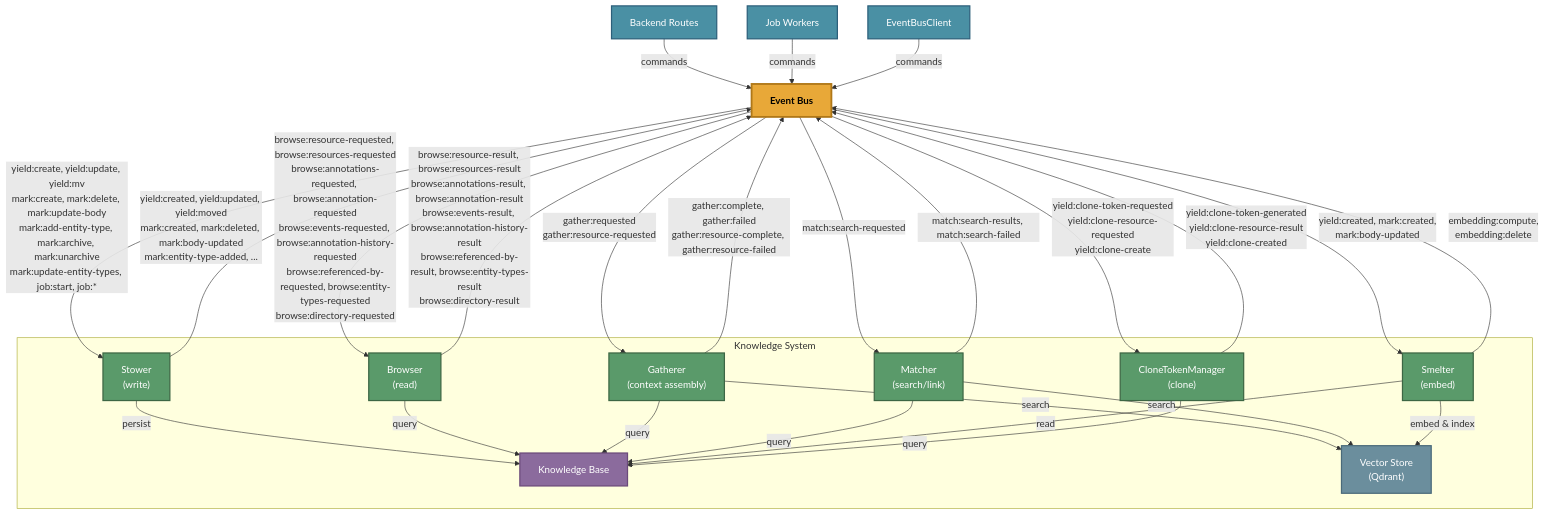
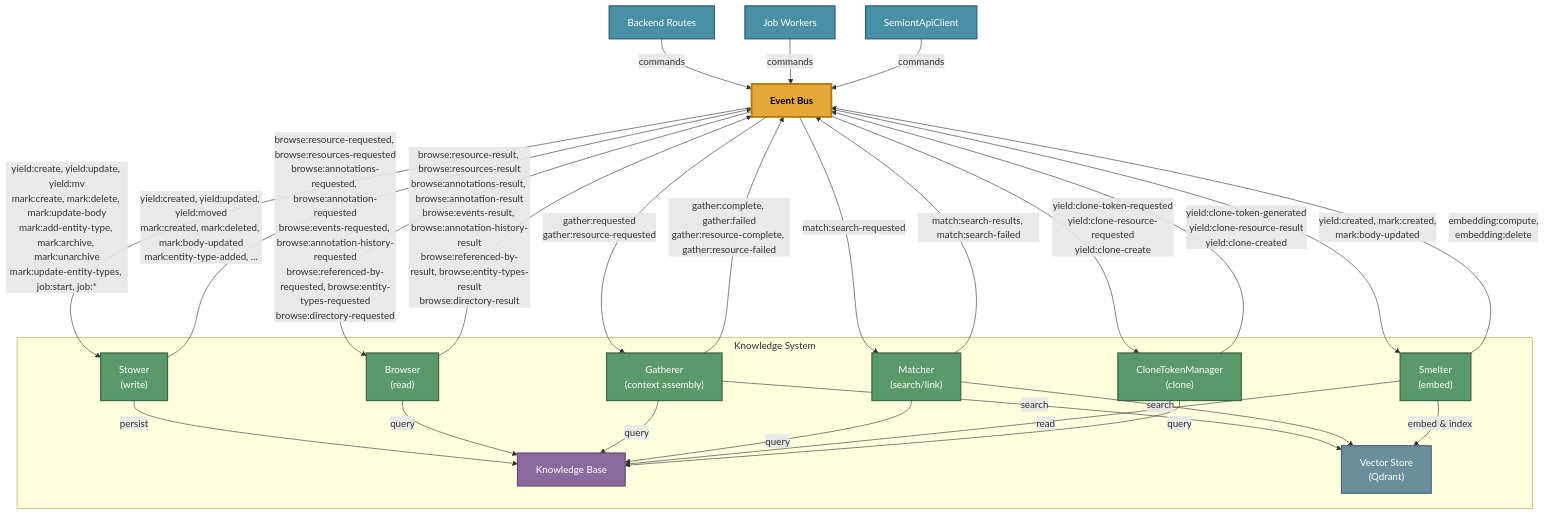
Before and after one commit to The-AI-Alliance/semiont: the diagram in packages/make-meaning/README.md, drawn with Mermaid. The commit also changed other lines of this file and 154 other files, not shown here.

````diff
--- a/packages/make-meaning/README.md
+++ b/packages/make-meaning/README.md
@@ -92,52 +92,52 @@
 ```mermaid
 graph TB
     Routes["Backend Routes"] -->|commands| BUS["Event Bus"]
     Workers["Job Workers"] -->|commands| BUS
-    EBC["EventBusClient"] -->|commands| BUS
+    EBC["SemiontApiClient"] -->|commands| BUS
 
     subgraph ks ["Knowledge System"]
         STOWER["Stower<br/>(write)"]
         BROWSER["Browser<br/>(read)"]
         GATHERER["Gatherer<br/>(context assembly)"]
         MATCHER["Matcher<br/>(search/link)"]
         SMELTER["Smelter<br/>(embed)"]
         CTM["CloneTokenManager<br/>(clone)"]
         KB["Knowledge Base"]
         VECTORS["Vector Store<br/>(Qdrant)"]
         STOWER -->|persist| KB
         BROWSER -->|query| KB
         GATHERER -->|query| KB
         GATHERER -->|search| VECTORS
         MATCHER -->|query| KB
         MATCHER -->|search| VECTORS
         SMELTER -->|embed & index| VECTORS
         SMELTER -->|read| KB
         CTM -->|query| KB
     end
 
     BUS -->|"yield:create, yield:update, yield:mv<br/>mark:create, mark:delete, mark:update-body<br/>mark:add-entity-type, mark:archive, mark:unarchive<br/>mark:update-entity-types, job:start, job:*"| STOWER
     BUS -->|"browse:resource-requested, browse:resources-requested<br/>browse:annotations-requested, browse:annotation-requested<br/>browse:events-requested, browse:annotation-history-requested<br/>browse:referenced-by-requested, browse:entity-types-requested<br/>browse:directory-requested"| BROWSER
     BUS -->|"gather:requested<br/>gather:resource-requested"| GATHERER
     BUS -->|"match:search-requested"| MATCHER
     BUS -->|"yield:created, mark:created,<br/>mark:body-updated"| SMELTER
     BUS -->|"yield:clone-token-requested<br/>yield:clone-resource-requested<br/>yield:clone-create"| CTM
 
     STOWER -->|"yield:created, yield:updated, yield:moved<br/>mark:created, mark:deleted, mark:body-updated<br/>mark:entity-type-added, ..."| BUS
     BROWSER -->|"browse:resource-result, browse:resources-result<br/>browse:annotations-result, browse:annotation-result<br/>browse:events-result, browse:annotation-history-result<br/>browse:referenced-by-result, browse:entity-types-result<br/>browse:directory-result"| BUS
     GATHERER -->|"gather:complete, gather:failed<br/>gather:resource-complete, gather:resource-failed"| BUS
     MATCHER -->|"match:search-results, match:search-failed"| BUS
     SMELTER -->|"embedding:compute,<br/>embedding:delete"| BUS
     CTM -->|"yield:clone-token-generated<br/>yield:clone-resource-result<br/>yield:clone-created"| BUS
 
     classDef bus fill:#e8a838,stroke:#b07818,stroke-width:3px,color:#000,font-weight:bold
     classDef actor fill:#5a9a6a,stroke:#3d6644,stroke-width:2px,color:#fff
     classDef kb fill:#8b6b9d,stroke:#6b4a7a,stroke-width:2px,color:#fff
     classDef caller fill:#4a90a4,stroke:#2c5f7a,stroke-width:2px,color:#fff
 
     class BUS bus
     classDef vectorstore fill:#6b8e9d,stroke:#4a6a7a,stroke-width:2px,color:#fff
     class STOWER,BROWSER,GATHERER,MATCHER,SMELTER,CTM actor
     class KB kb
     class VECTORS vectorstore
     class Routes,Workers,EBC caller
 ```
````
